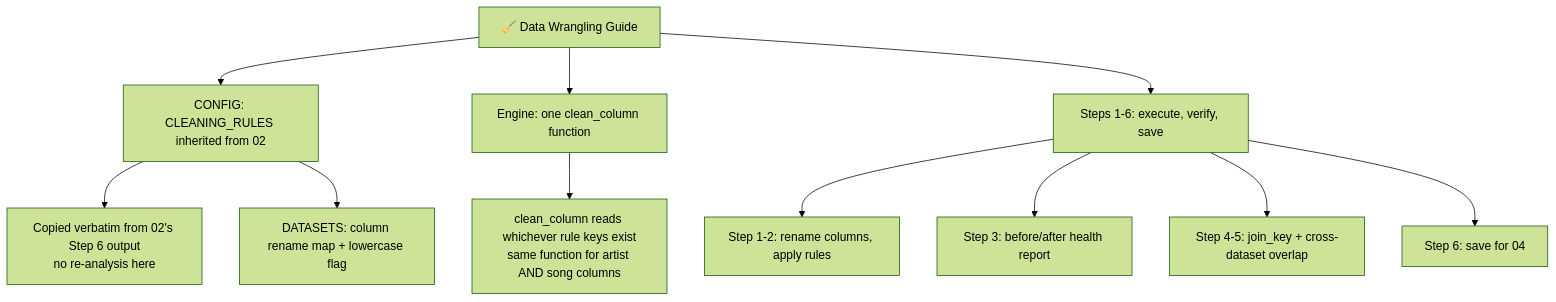
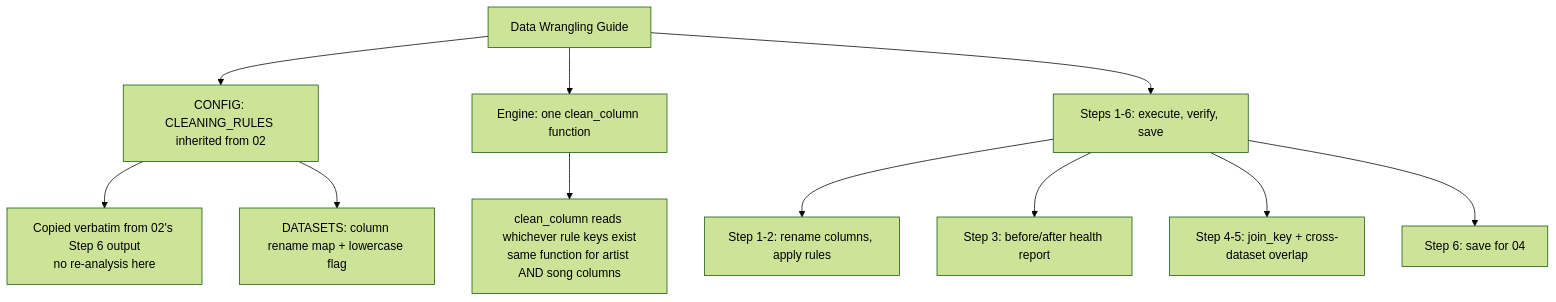
Before and after one commit to Vivian-be-nerd/FuWei-Portfolio: the diagram in pipeline-guides/03_data_wrangling.md, drawn with Mermaid (forest theme). The commit also changed other lines of this file and 4 other files, not shown here.

````diff
--- a/pipeline-guides/03_data_wrangling.md
+++ b/pipeline-guides/03_data_wrangling.md
@@ -3,16 +3,16 @@
 ```mermaid
 flowchart TD
-    A[🧹 Data Wrangling Guide] --> B[CONFIG: CLEANING_RULES inherited from 02]
+    A[Data Wrangling Guide] --> B[CONFIG: CLEANING_RULES inherited from 02]
     A --> C[Engine: one clean_column function]
     A --> D[Steps 1-6: execute, verify, save]
 
     B --> B1[Copied verbatim from 02's Step 6 output\nno re-analysis here]
     B --> B2[DATASETS: column rename map + lowercase flag]
 
     C --> C1[clean_column reads whichever rule keys exist\nsame function for artist AND song columns]
 
     D --> D1[Step 1-2: rename columns, apply rules]
     D --> D2[Step 3: before/after health report]
     D --> D3[Step 4-5: join_key + cross-dataset overlap]
     D --> D4[Step 6: save for 04]
 ```
````
